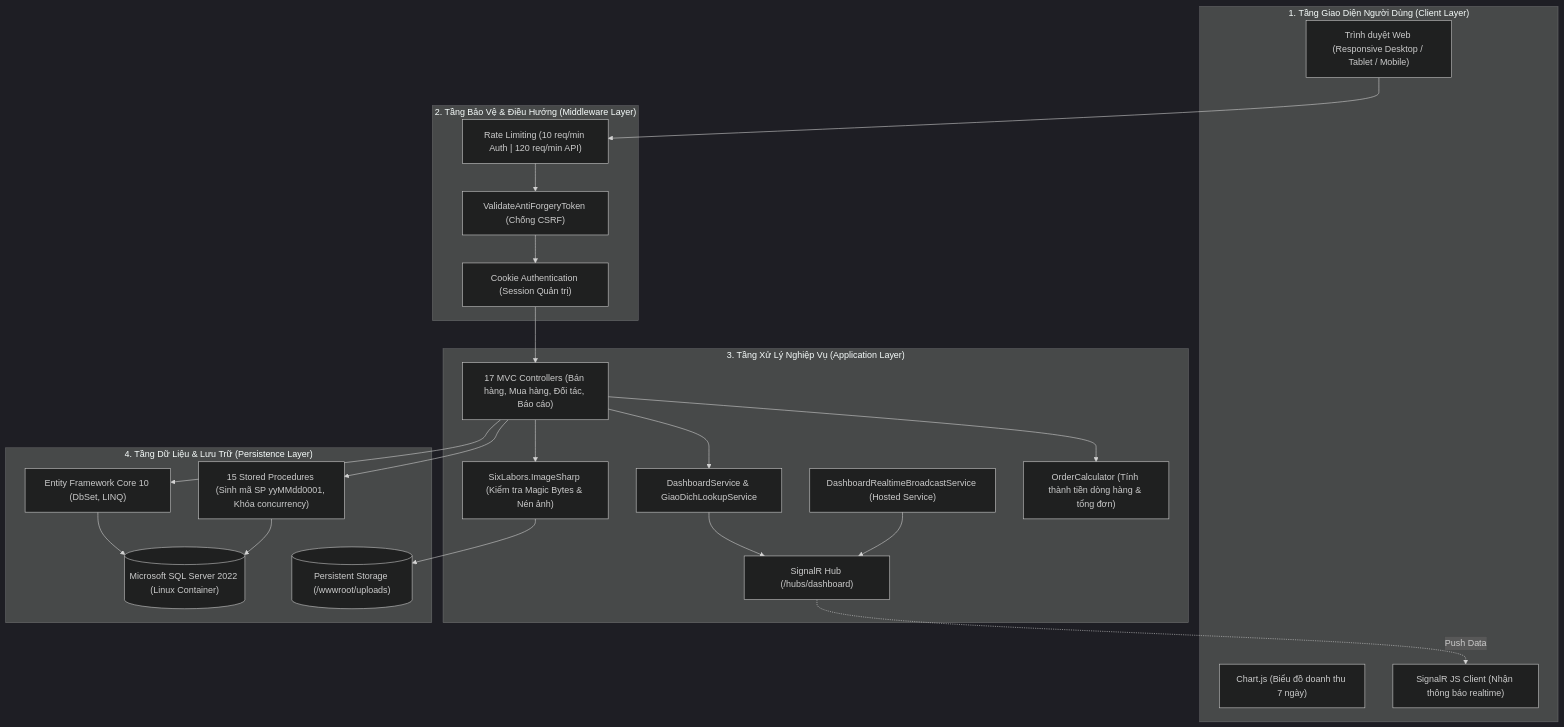
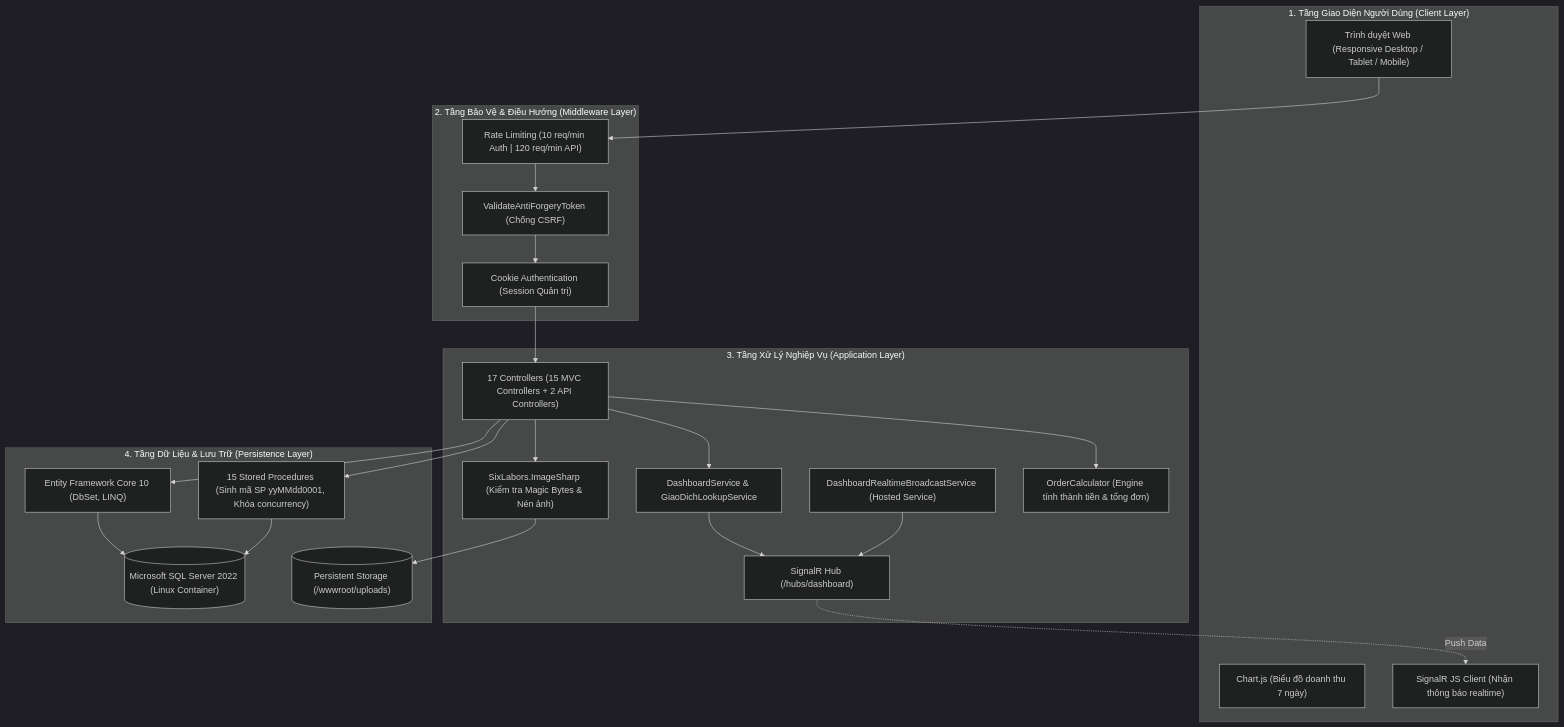
One commit to nguyenxp3n/WebQLBH changed the first of 2 diagrams in README.md. Above: the diagram before and after it, drawn with Mermaid (dark theme). The commit also changed other lines of this file and 5 other files, not shown here.

Commit message:
docs: improve Windows setup commands, complete 12-table ERD, audit technical metrics, and refine OrderCalculator integration

````diff
--- a/README.md
+++ b/README.md
@@ -46,48 +52,48 @@
 ```mermaid
 flowchart TD
     subgraph ClientLayer ["1. Tầng Giao Diện Người Dùng (Client Layer)"]
         Browser["Trình duyệt Web (Responsive Desktop / Tablet / Mobile)"]
         ChartJS["Chart.js (Biểu đồ doanh thu 7 ngày)"]
         SignalRClient["SignalR JS Client (Nhận thông báo realtime)"]
     end
 
     subgraph GatewayMiddleware ["2. Tầng Bảo Vệ & Điều Hướng (Middleware Layer)"]
         RateLimiter["Rate Limiting (10 req/min Auth | 120 req/min API)"]
         Antiforgery["ValidateAntiForgeryToken (Chống CSRF)"]
         CookieAuth["Cookie Authentication (Session Quản trị)"]
     end
 
     subgraph AppLayer ["3. Tầng Xử Lý Nghiệp Vụ (Application Layer)"]
-        Controllers["17 MVC Controllers (Bán hàng, Mua hàng, Đối tác, Báo cáo)"]
+        Controllers["17 Controllers (15 MVC Controllers + 2 API Controllers)"]
         DashboardService["DashboardService & GiaoDichLookupService"]
         RealtimeHub["SignalR Hub (/hubs/dashboard)"]
         BackgroundWorker["DashboardRealtimeBroadcastService (Hosted Service)"]
         ImageSecurity["SixLabors.ImageSharp (Kiểm tra Magic Bytes & Nén ảnh)"]
-        OrderEngine["OrderCalculator (Tính thành tiền dòng hàng & tổng đơn)"]
+        OrderEngine["OrderCalculator (Engine tính thành tiền & tổng đơn)"]
     end
 
     subgraph DataAccessLayer ["4. Tầng Dữ Liệu & Lưu Trữ (Persistence Layer)"]
         EFCore["Entity Framework Core 10 (DbSet, LINQ)"]
         StoredProcedures["15 Stored Procedures (Sinh mã SP yyMMdd0001, Khóa concurrency)"]
         SQLServer[("Microsoft SQL Server 2022 (Linux Container)")]
         UploadVolume[("Persistent Storage (/wwwroot/uploads)")]
     end
 
     Browser --> RateLimiter
     RateLimiter --> Antiforgery
     Antiforgery --> CookieAuth
     CookieAuth --> Controllers
 
     Controllers --> DashboardService
     Controllers --> ImageSecurity
     Controllers --> OrderEngine
     ImageSecurity --> UploadVolume
     DashboardService --> RealtimeHub
     BackgroundWorker --> RealtimeHub
     RealtimeHub -. Push Data .-> SignalRClient
 
     Controllers --> EFCore
     Controllers --> StoredProcedures
     EFCore --> SQLServer
     StoredProcedures --> SQLServer
 ```
````
